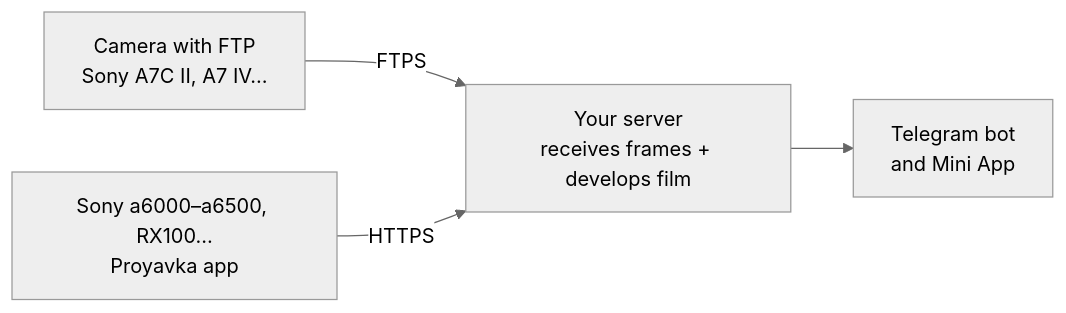
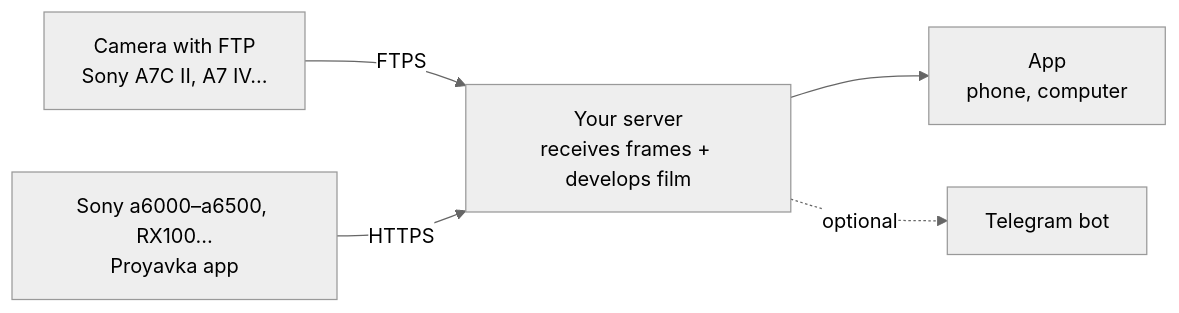
One commit to Melnikoff07/proyavka changed the diagram in README.md. Above: the diagram before and after it, drawn with Mermaid (neutral theme). The commit also changed other lines of this file and 1 other file, not shown here.

First line of the commit message:
README: Proyavka as an app first, Telegram optional (v1.2)

````diff
--- a/README.md
+++ b/README.md
@@ -25,6 +26,7 @@
 ```mermaid
 flowchart LR
     A[Camera with FTP<br>Sony A7C II, A7 IV…] -- FTPS --> S
     B[Sony a6000–a6500, RX100…<br>Proyavka app] -- HTTPS --> S
-    S[Your server<br>receives frames + develops film] --> T[Telegram bot<br>and Mini App]
+    S[Your server<br>receives frames + develops film] --> W[App<br>phone, computer]
+    S -. optional .-> T[Telegram bot]
 ```
````
